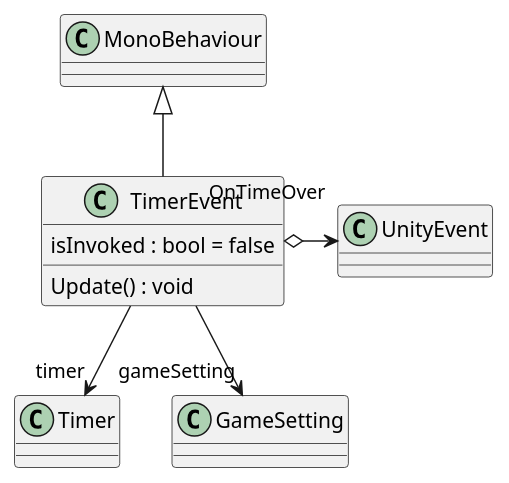
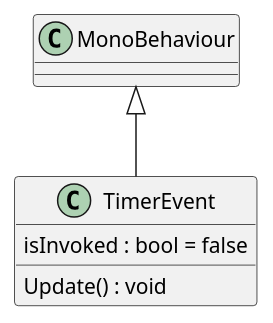
Before and after one commit to MainCastle1212/EverythingEater: the diagram in plantuml/UIs/TimerEvent.puml, drawn with PlantUML. The commit also changed 24 other files, not shown here.

```diff
--- a/plantuml/UIs/TimerEvent.puml
+++ b/plantuml/UIs/TimerEvent.puml
@@ -1,10 +1,7 @@
 @startuml
 class TimerEvent {
     isInvoked : bool = false
     Update() : void
 }
 MonoBehaviour <|-- TimerEvent
-TimerEvent o-> "OnTimeOver" UnityEvent
-TimerEvent --> "timer" Timer
-TimerEvent --> "gameSetting" GameSetting
 @enduml
```
